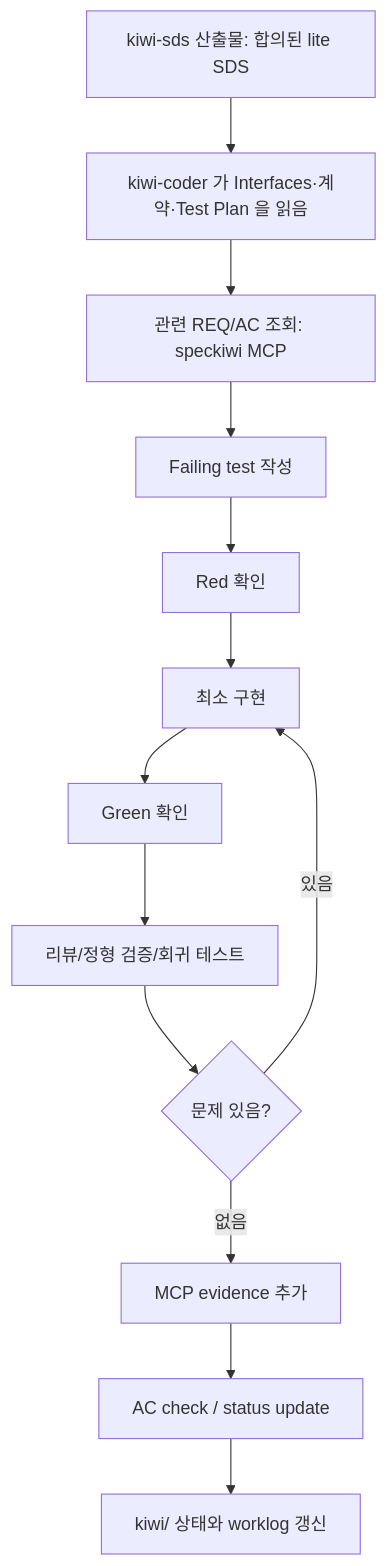
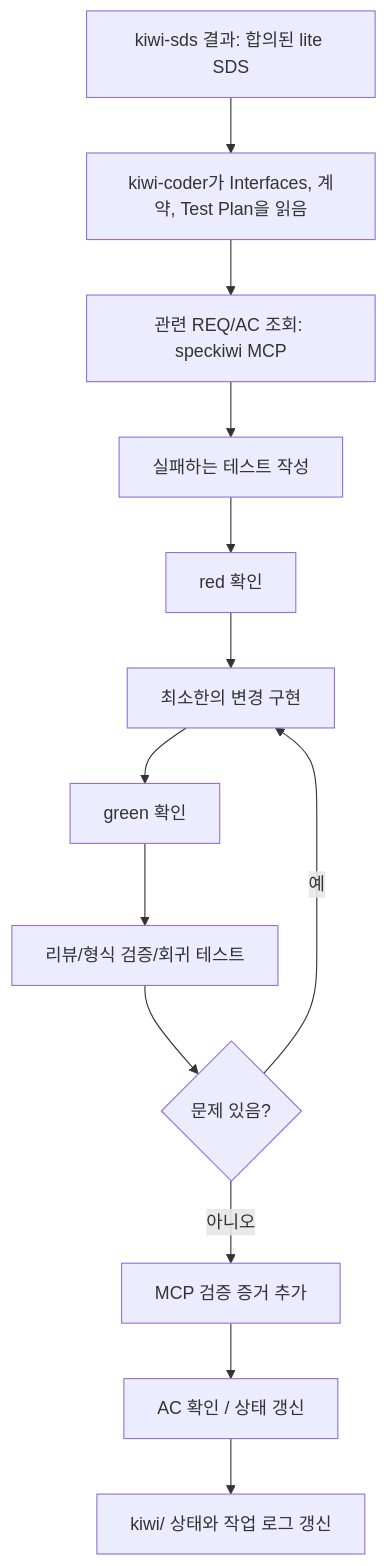
The fourth of 4 diagrams in README.md (Snoworca/speckiwi), drawn with Mermaid before and after one commit. The commit also changed other lines of this file, not shown here.

````diff
--- a/README.md
+++ b/README.md
@@ -1132,15 +1371,15 @@
 ```mermaid
 flowchart TD
-    A["kiwi-sds 산출물: 합의된 lite SDS"] --> B["kiwi-coder 가 Interfaces·계약·Test Plan 을 읽음"]
+    A["kiwi-sds 결과: 합의된 lite SDS"] --> B["kiwi-coder가 Interfaces, 계약, Test Plan을 읽음"]
     B --> C["관련 REQ/AC 조회: speckiwi MCP"]
-    C --> D["Failing test 작성"]
-    D --> E["Red 확인"]
-    E --> F["최소 구현"]
-    F --> G["Green 확인"]
-    G --> H["리뷰/정형 검증/회귀 테스트"]
+    C --> D["실패하는 테스트 작성"]
+    D --> E["red 확인"]
+    E --> F["최소한의 변경 구현"]
+    F --> G["green 확인"]
+    G --> H["리뷰/형식 검증/회귀 테스트"]
     H --> I{"문제 있음?"}
-    I -->|있음| F
-    I -->|없음| J["MCP evidence 추가"]
-    J --> K["AC check / status update"]
-    K --> L["kiwi/ 상태와 worklog 갱신"]
+    I -->|예| F
+    I -->|아니오| J["MCP 검증 증거 추가"]
+    J --> K["AC 확인 / 상태 갱신"]
+    K --> L["kiwi/ 상태와 작업 로그 갱신"]
 ```
````
